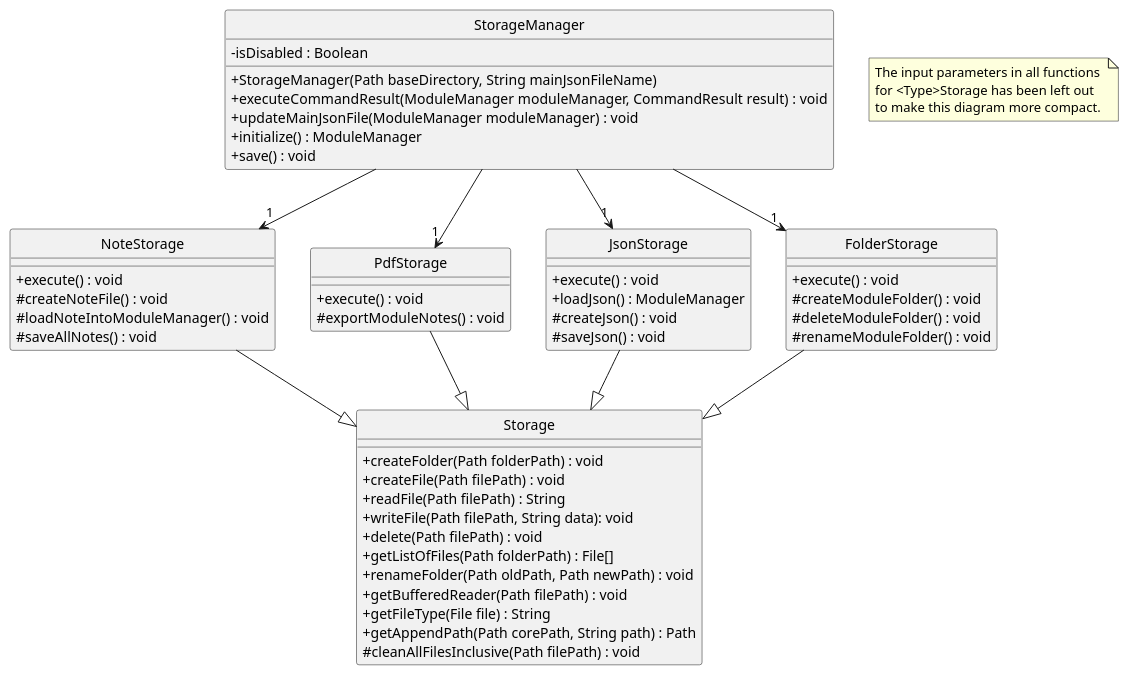
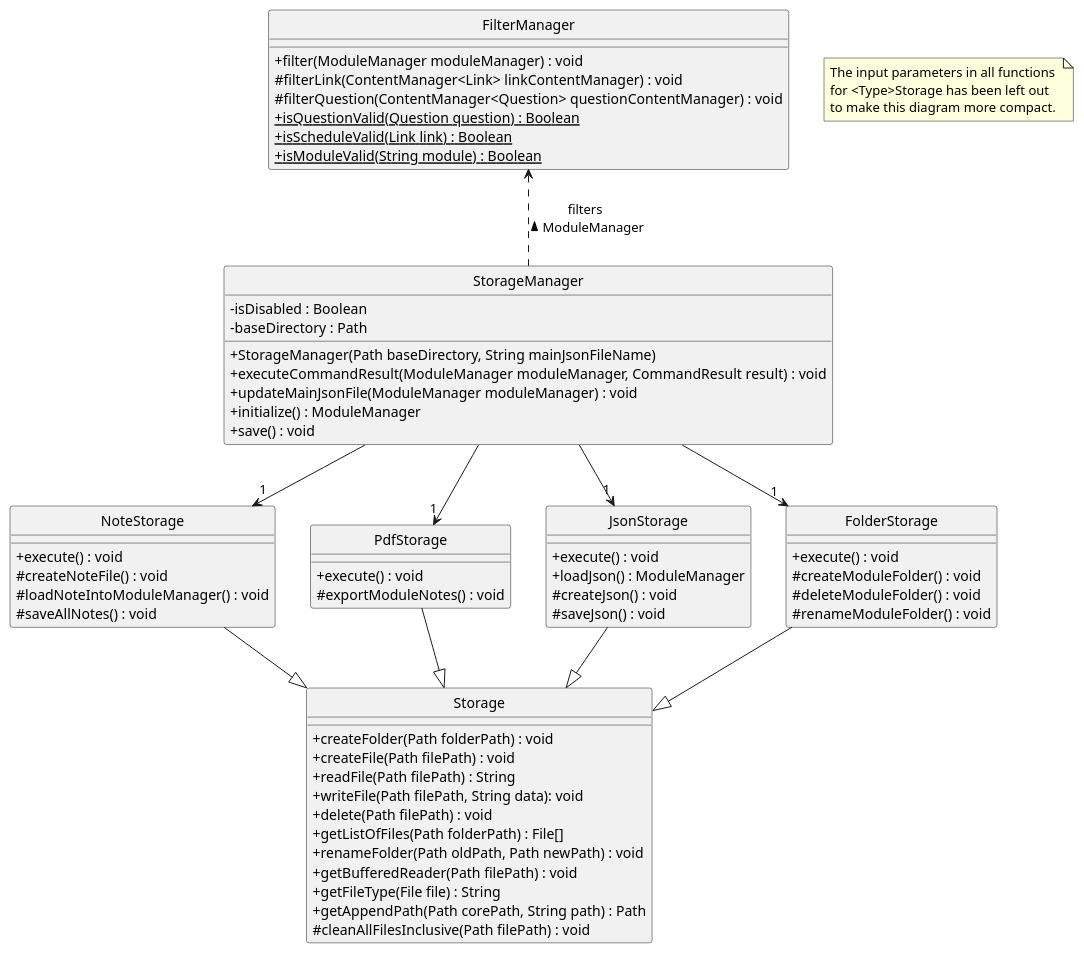
One commit to nus-cs2113-AY2122S1/tp changed the diagram in docs/uml/storage/Storage.puml. Above: the diagram before and after it, drawn with PlantUML. The commit also changed 2 other files, not shown here.

Commit message:
Update Storage component in DG with FilterManager

```diff
--- a/docs/uml/storage/Storage.puml
+++ b/docs/uml/storage/Storage.puml
@@ -1,84 +1,95 @@
 @startuml
 'https://plantuml.com/class-diagram
 
 hide circle
 skinparam classAttributeIconSize 0
 
 'abstract class DGS
 'abstract AbstractCollection
 'interface List
 'interface Collection
 '
 'List <|-- AbstractList
 'Collection -- AbstractCollection
 '
 'Collection <|- List
 'AbstractCollection <|- AbstractList
 'AbstractList <|-- ArrayList
 
 StorageManager --> "1" NoteStorage
 StorageManager --> "1" PdfStorage
 StorageManager --> "1" JsonStorage
 StorageManager --> "1" FolderStorage
 
-
+FilterManager <.. StorageManager : "filters \n ModuleManager <"
 
 NoteStorage --|> Storage
 PdfStorage --|> Storage
 JsonStorage --|> Storage
 FolderStorage --|> Storage
 
 class StorageManager {
   - isDisabled : Boolean
+  - baseDirectory : Path
   + StorageManager(Path baseDirectory, String mainJsonFileName)
   + executeCommandResult(ModuleManager moduleManager, CommandResult result) : void
   + updateMainJsonFile(ModuleManager moduleManager) : void
   + initialize() : ModuleManager
   + save() : void
 }
 
 class NoteStorage {
   + execute() : void
   # createNoteFile() : void
   # loadNoteIntoModuleManager() : void
   # saveAllNotes() : void
 }
 
 class PdfStorage {
   + execute() : void
   # exportModuleNotes() : void
 }
 
 class JsonStorage {
   + execute() : void
   + loadJson() : ModuleManager
   # createJson() : void
   # saveJson() : void
 }
 
 class FolderStorage{
   + execute() : void
   # createModuleFolder() : void
   # deleteModuleFolder() : void
   # renameModuleFolder() : void
 }
 
 class Storage {
  + createFolder(Path folderPath) : void
  + createFile(Path filePath) : void
  + readFile(Path filePath) : String
  + writeFile(Path filePath, String data): void
  + delete(Path filePath) : void
  + getListOfFiles(Path folderPath) : File[]
  + renameFolder(Path oldPath, Path newPath) : void
  + getBufferedReader(Path filePath) : void
  + getFileType(File file) : String
  + getAppendPath(Path corePath, String path) : Path
  # cleanAllFilesInclusive(Path filePath) : void
 
 }
 
+class FilterManager {
+  + filter(ModuleManager moduleManager) : void
+  # filterLink(ContentManager<Link> linkContentManager) : void
+  # filterQuestion(ContentManager<Question> questionContentManager) : void
+  + {static} isQuestionValid(Question question) : Boolean
+  + {static} isScheduleValid(Link link) : Boolean
+  + {static} isModuleValid(String module) : Boolean
+
+}
+
 note "The input parameters in all functions \nfor <Type>Storage has been left out \nto make this diagram more compact." as note1
 
 
 @enduml
```
